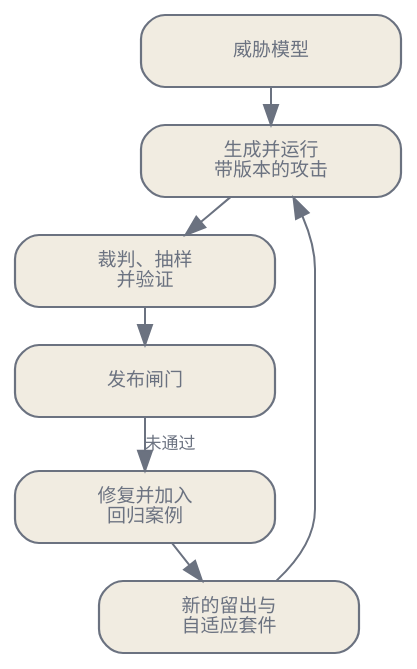
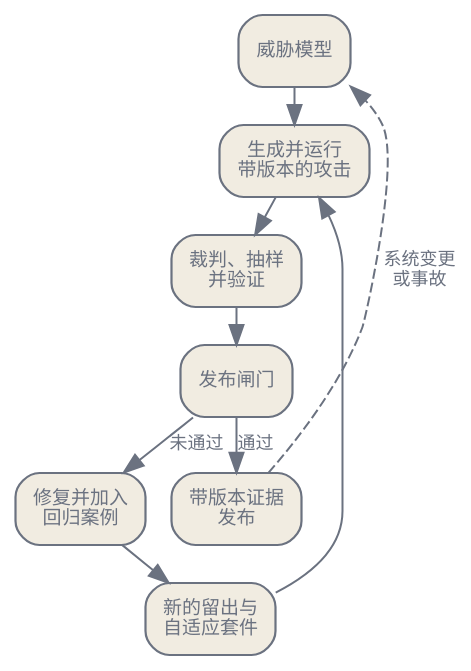
Before and after one commit to latere-ai/ai-as-an-infrastructure: the second of 2 diagrams in zh/safety/05-adversarial-robustness.qmd, drawn with Graphviz. The commit also changed 1 other file, not shown here.

Commit message:
safety: red-team loop with a pass path to release and a re-entry edge

````diff
--- a/zh/safety/05-adversarial-robustness.qmd
+++ b/zh/safety/05-adversarial-robustness.qmd
@@ -137,22 +137,25 @@
 ```{dot}
 //| label: fig-adv-red-team-loop
-//| fig-cap: "红队计划把明确的威胁模型转化为带版本的证据、修复、回归案例和新的自适应评估。发布是在不确定性下作出的决定，不是永久鲁棒性的证书。"
+//| fig-cap: "红队计划把明确的威胁模型转化为带版本的证据、修复、回归案例和新的自适应评估。未通过闸门时，经修复和新的测试套件回到攻击环节；通过时带着版本化证据发布，系统变更或事故（虚线）会重新开启威胁建模。发布是在不确定性下作出的决定，不是永久鲁棒性的证书。"
 digraph {
   bgcolor="transparent";
   rankdir=TB;
   nodesep=0.18; ranksep=0.25;
-  node [shape=box, style="rounded,filled", fontname="PingFang SC", fontsize=9.5, width=1.8, color="#6b7280", fontcolor="#6b7280", fillcolor="#f1ece1", penwidth=1.1];
-  edge [fontsize=8.5, fontname="PingFang SC", color="#6b7280", fontcolor="#6b7280"];
+  node [shape=box, style="rounded,filled", fontname="PingFang SC", fontsize=9.5, color="#6b7280", fontcolor="#6b7280", fillcolor="#f1ece1", penwidth=1.1];
+  edge [fontsize=9, fontname="PingFang SC", color="#6b7280", fontcolor="#6b7280"];
 
   threat [label="威胁模型"];
   attack [label="生成并运行\n带版本的攻击"];
   judge [label="裁判、抽样\n并验证"];
   decide [label="发布闸门"];
   fix [label="修复并加入\n回归案例"];
+  release [label="带版本证据\n发布"];
   fresh [label="新的留出与\n自适应套件"];
 
   threat -> attack -> judge -> decide;
   decide -> fix [label="未通过"];
+  decide -> release [label="通过"];
+  release -> threat [label="系统变更\n或事故", style=dashed, constraint=false];
   fix -> fresh -> attack;
 }
 ```
````
